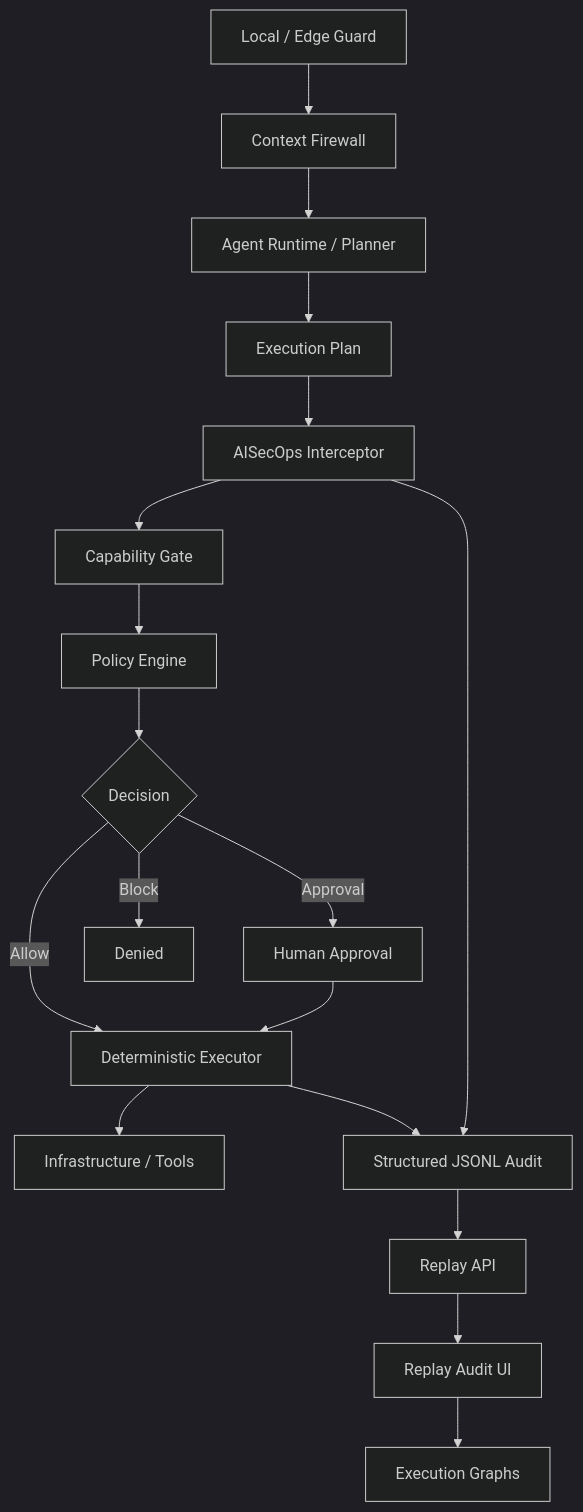
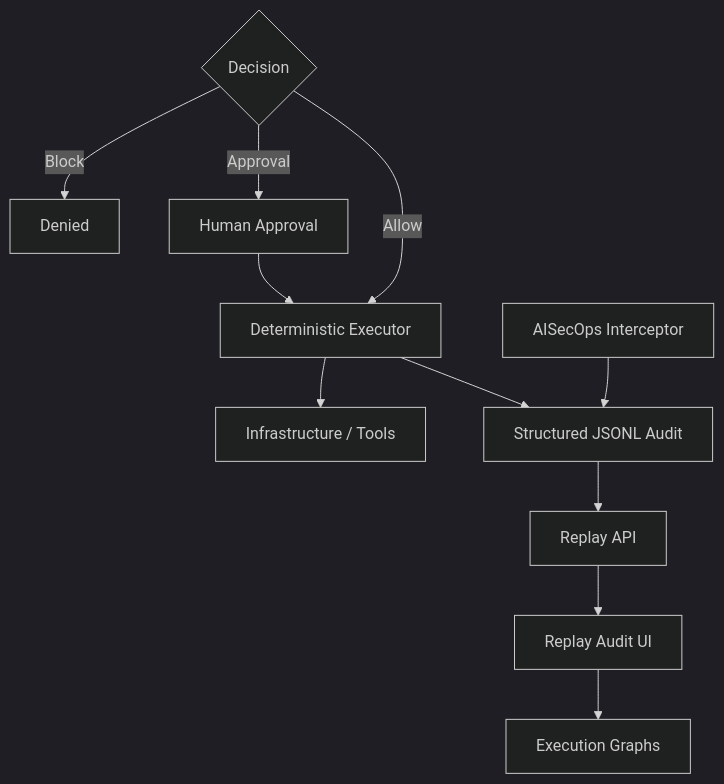
The fifth of 9 diagrams in src/content/whitepapers/aisecops-v0.3.md (viplavfauzdar/aisecops-site), drawn with Mermaid (dark theme) before and after one commit. The commit also changed other lines of this file and 2 other files, not shown here.

Commit message:
fix: improve whitepaper diagram pagination

````diff
--- a/src/content/whitepapers/aisecops-v0.3.md
+++ b/src/content/whitepapers/aisecops-v0.3.md
@@ -439,37 +466,24 @@
 ```mermaid
 flowchart TB
-  LOCAL[Local / Edge Guard]
-  CF[Context Firewall]
-  AR[Agent Runtime / Planner]
-  PLAN[Execution Plan]
   INT[AISecOps Interceptor]
-  CAP[Capability Gate]
-  PE[Policy Engine]
   DEC{Decision}
   EXE[Deterministic Executor]
   DENY[Denied]
   HITL[Human Approval]
   INF[Infrastructure / Tools]
   AUDIT[Structured JSONL Audit]
   REPLAY[Replay API]
   UI[Replay Audit UI]
   GRAPH[Execution Graphs]
 
-  LOCAL --> CF
-  CF --> AR
-  AR --> PLAN
-  PLAN --> INT
-  INT --> CAP
-  CAP --> PE
-  PE --> DEC
   DEC -->|Allow| EXE
   DEC -->|Block| DENY
   DEC -->|Approval| HITL
   HITL --> EXE
   EXE --> INF
   INT --> AUDIT
   EXE --> AUDIT
   AUDIT --> REPLAY
   REPLAY --> UI
   UI --> GRAPH
 ```
````
